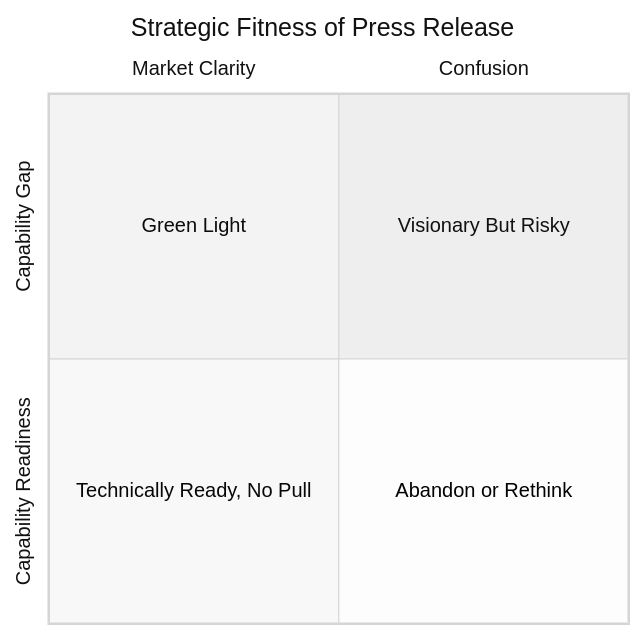
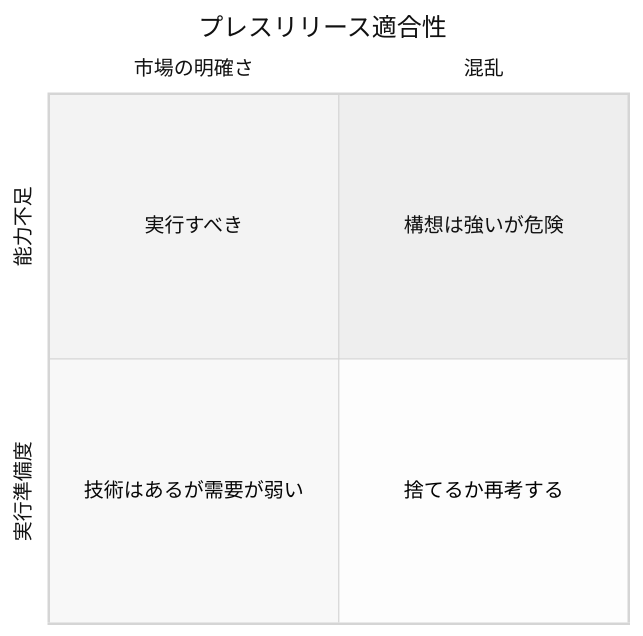
One commit to wardley-leadership-strategies-ja/wardley-leadership-strategies-ja.github.io changed the diagram in docs/strategies/attacking/press-release-process/index.md. Above: the diagram before and after it, drawn with Mermaid (neutral theme). The commit also changed other lines of this file and 5 other files, not shown here.

````diff
--- a/docs/strategies/attacking/press-release-process/index.md
+++ b/docs/strategies/attacking/press-release-process/index.md
@@ -137,10 +135,10 @@
 ```mermaid
 quadrantChart
-    title Strategic Fitness of Press Release
-    x-axis Market Clarity --> Confusion
-    y-axis Capability Readiness --> Capability Gap
-    quadrant-1 "Visionary But Risky"
-    quadrant-2 "Green Light"
-    quadrant-3 "Technically Ready, No Pull"
-    quadrant-4 "Abandon or Rethink"
+    title プレスリリース適合性
+    x-axis 市場の明確さ --> 混乱
+    y-axis 実行準備度 --> 能力不足
+    quadrant-1 構想は強いが危険
+    quadrant-2 実行すべき
+    quadrant-3 技術はあるが需要が弱い
+    quadrant-4 捨てるか再考する
 ```
````
